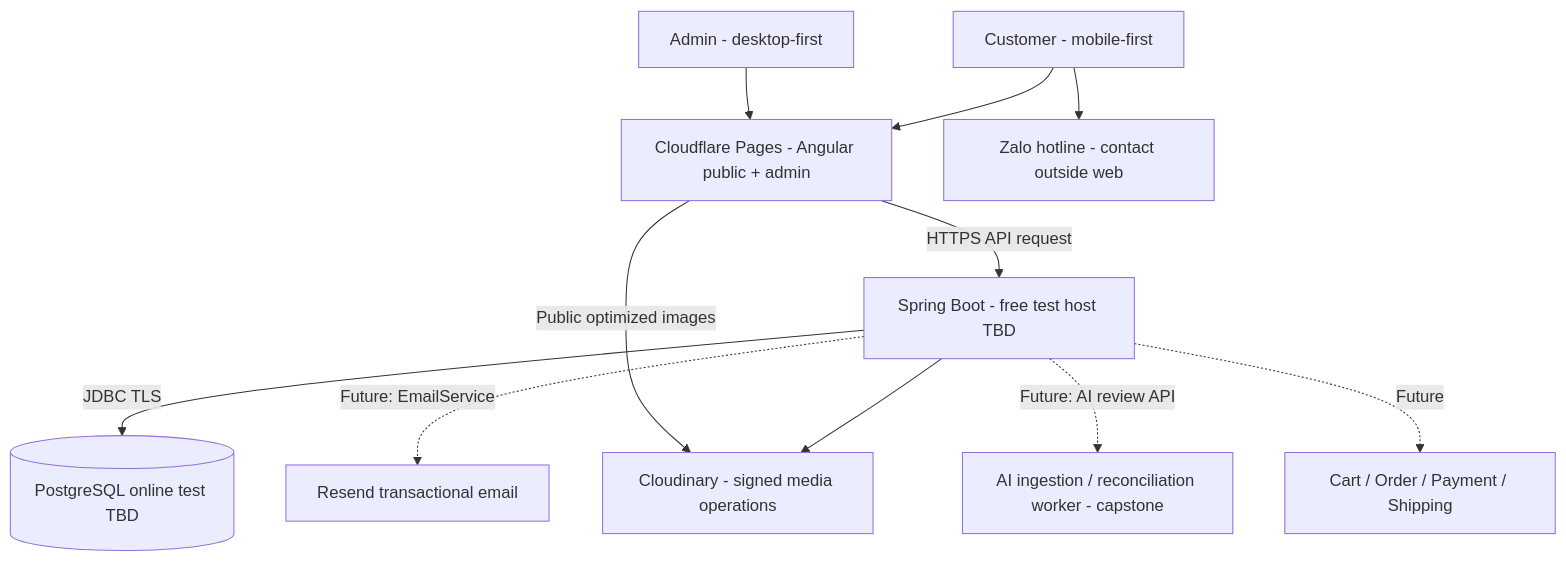
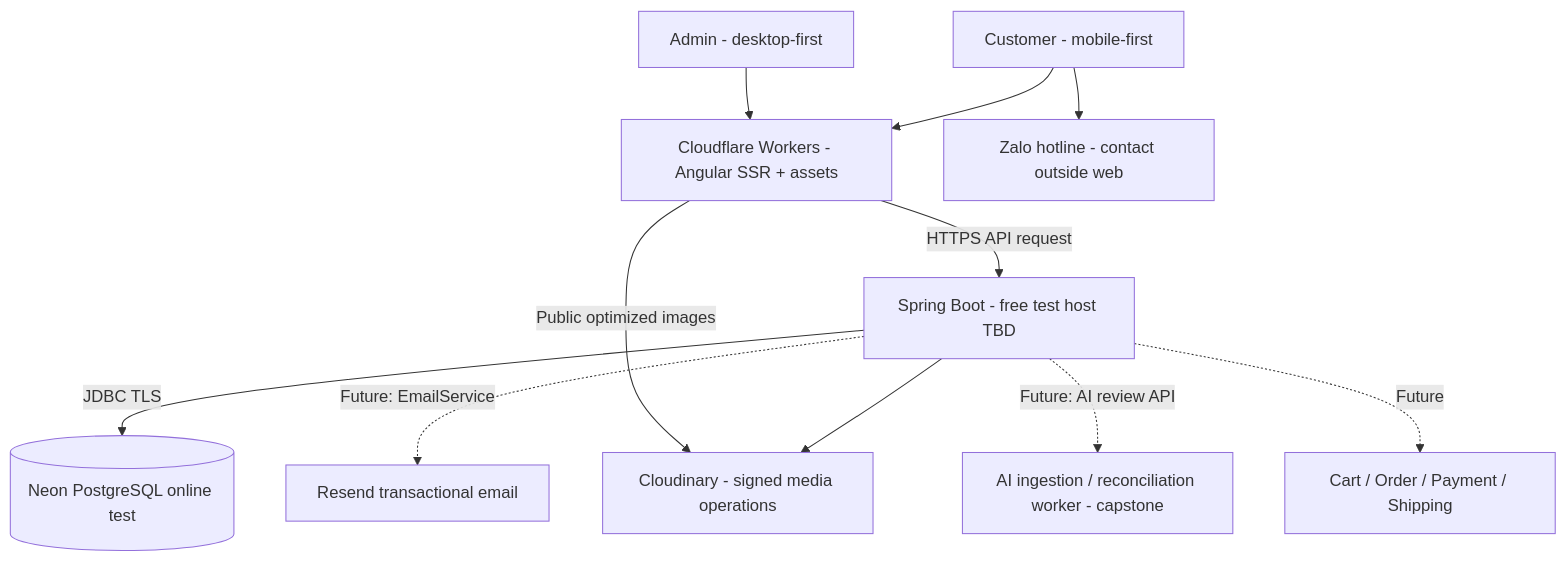
Before and after one commit to nanashi-vie/me-may: the fourth of 4 diagrams in docs/MASTER_PLAN.md, drawn with Mermaid. The commit also changed other lines of this file and 7 other files, not shown here.

Commit message:
docs: confirm Workers SSR and Neon test connection

````diff
--- a/docs/MASTER_PLAN.md
+++ b/docs/MASTER_PLAN.md
@@ -212,13 +212,13 @@
 ```mermaid
 flowchart TB
-  C[Customer - mobile-first] --> CF[Cloudflare Pages - Angular public + admin]
+  C[Customer - mobile-first] --> CF[Cloudflare Workers - Angular SSR + assets]
   A[Admin - desktop-first] --> CF
   CF -->|HTTPS API request| API[Spring Boot - free test host TBD]
-  API -->|JDBC TLS| DB[(PostgreSQL online test TBD)]
+  API -->|JDBC TLS| DB[(Neon PostgreSQL online test)]
   API --> MEDIA[Cloudinary - signed media operations]
   CF -->|Public optimized images| MEDIA
   C --> CHAT[Zalo hotline - contact outside web]
   API -. Future: EmailService .-> EMAIL[Resend transactional email]
   API -. Future: AI review API .-> AI[AI ingestion / reconciliation worker - capstone]
   API -. Future .-> ORDER[Cart / Order / Payment / Shipping]
 ```
````
